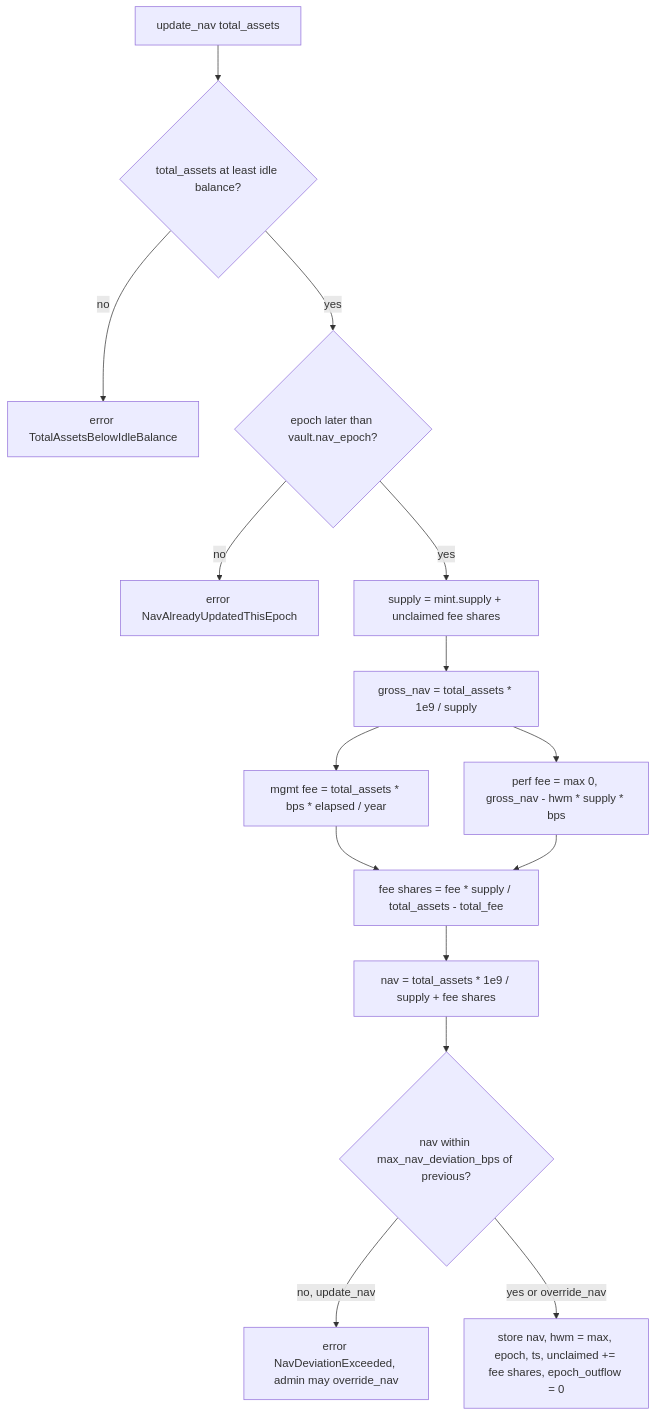
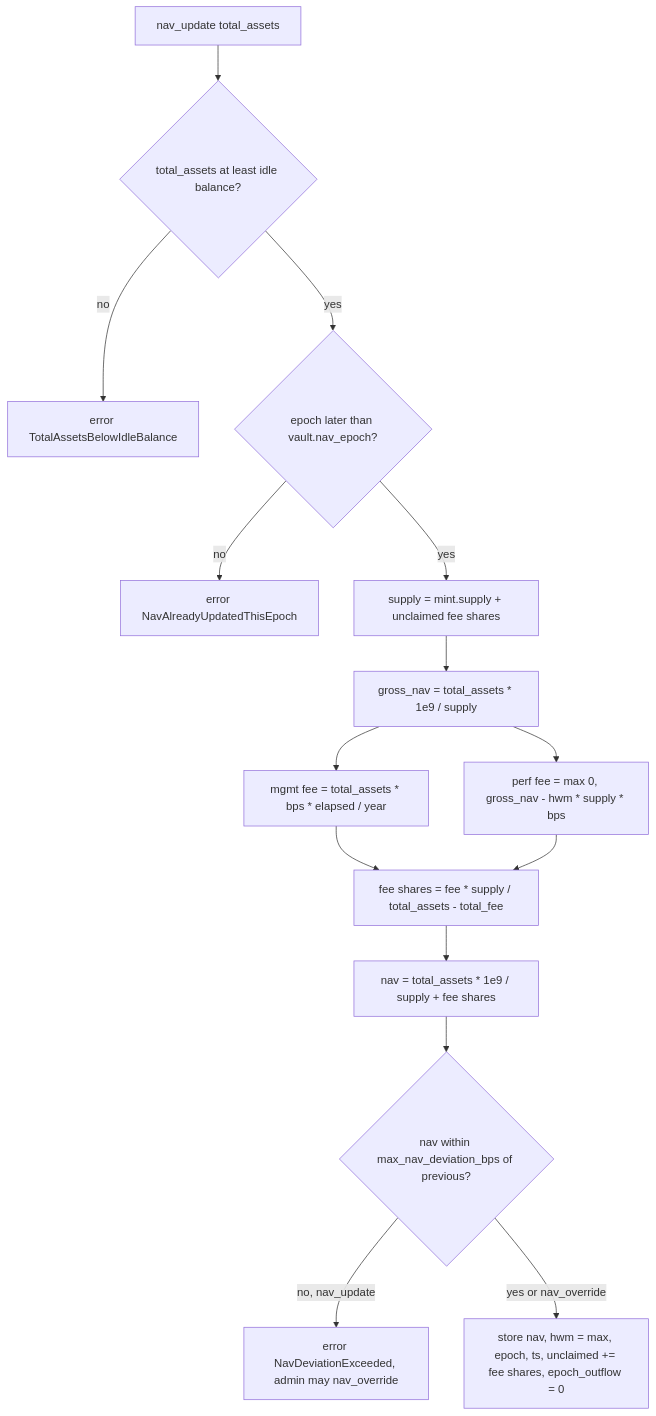
One commit to HedginVault/programs changed the third of 3 diagrams in docs/accounts.md. Above: the diagram before and after it, drawn with Mermaid. The commit also changed other lines of this file and 116 other files, not shown here.

````diff
--- a/docs/accounts.md
+++ b/docs/accounts.md
@@ -322,17 +322,17 @@
 ```mermaid
 flowchart TD
-    A[update_nav total_assets] --> A2{total_assets at least idle balance?}
+    A[nav_update total_assets] --> A2{total_assets at least idle balance?}
     A2 -- no --> X0[error TotalAssetsBelowIdleBalance]
     A2 -- yes --> B{epoch later than vault.nav_epoch?}
     B -- no --> X[error NavAlreadyUpdatedThisEpoch]
     B -- yes --> C[supply = mint.supply + unclaimed fee shares]
     C --> D[gross_nav = total_assets * 1e9 / supply]
     D --> E[mgmt fee = total_assets * bps * elapsed / year]
     D --> F[perf fee = max 0, gross_nav - hwm * supply * bps]
     E --> G[fee shares = fee * supply / total_assets - total_fee]
     F --> G
     G --> H[nav = total_assets * 1e9 / supply + fee shares]
     H --> J{nav within max_nav_deviation_bps of previous?}
-    J -- no, update_nav --> X2[error NavDeviationExceeded, admin may override_nav]
-    J -- yes or override_nav --> I[store nav, hwm = max, epoch, ts, unclaimed += fee shares, epoch_outflow = 0]
+    J -- no, nav_update --> X2[error NavDeviationExceeded, admin may nav_override]
+    J -- yes or nav_override --> I[store nav, hwm = max, epoch, ts, unclaimed += fee shares, epoch_outflow = 0]
 ```
````
